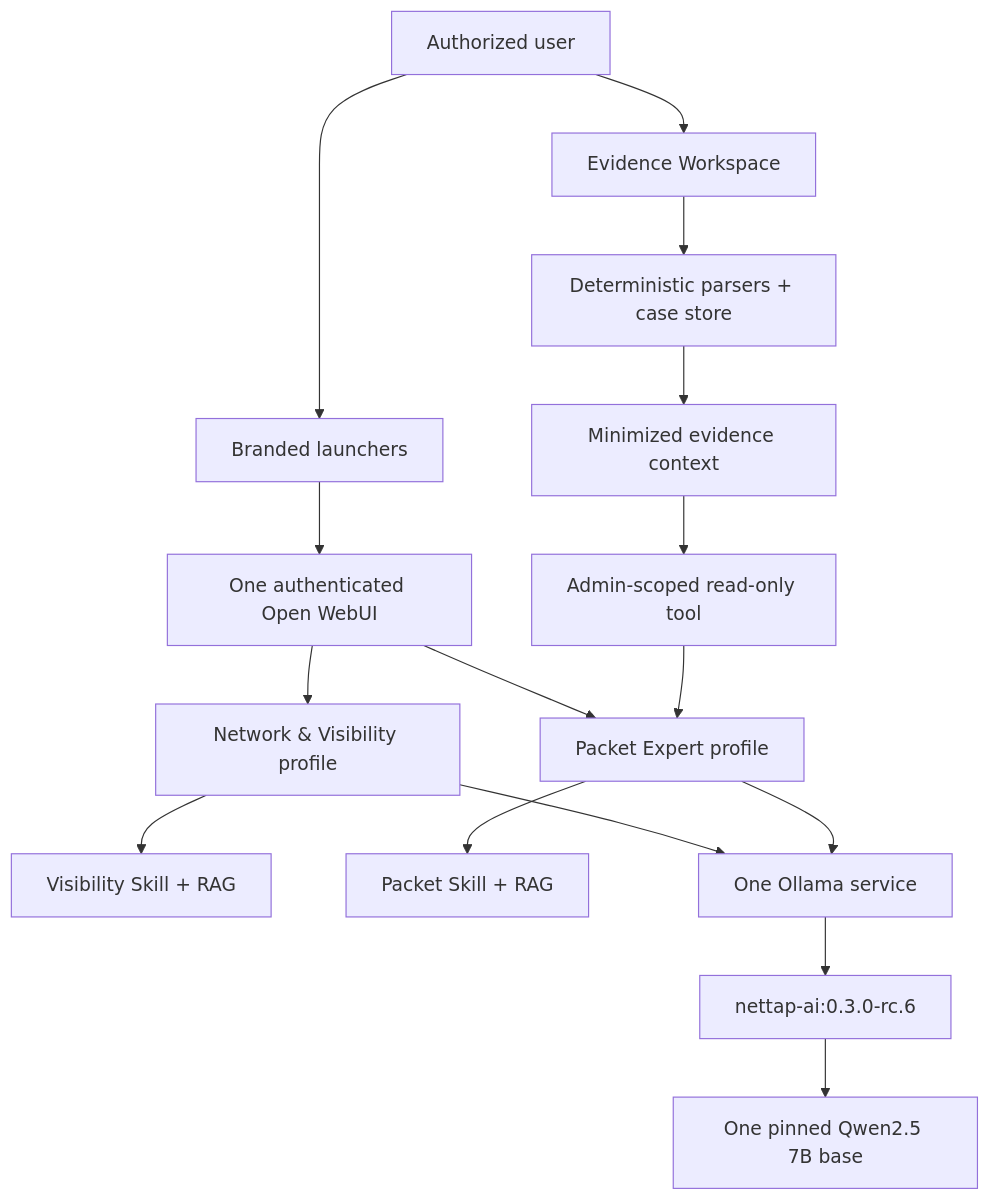
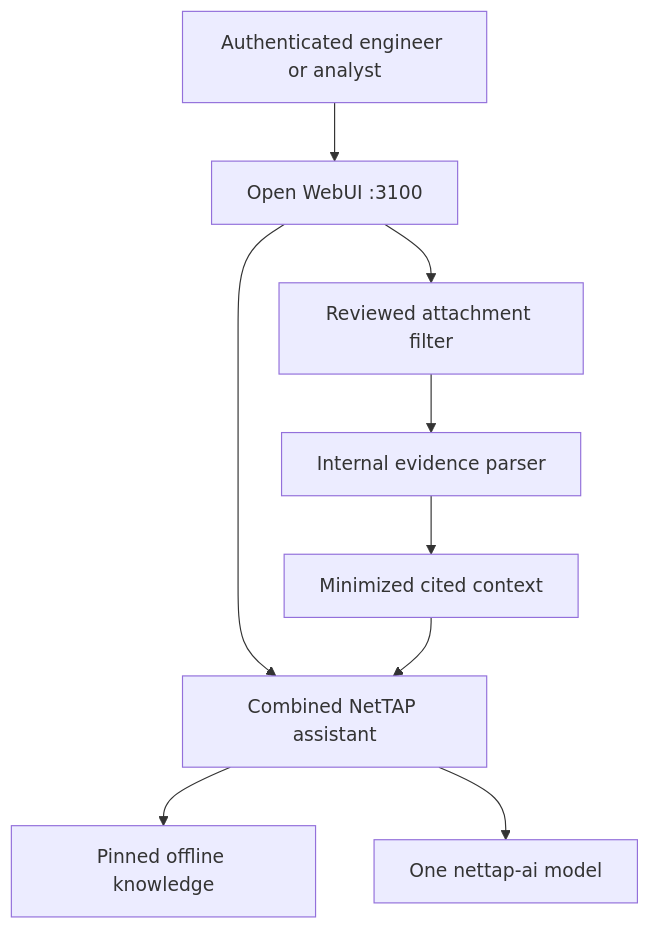
Before and after one commit to mpdwyer2367/nettap-packet-expert: the diagram in docs/ARCHITECTURE.md, drawn with Mermaid. The commit also changed other lines of this file and 79 other files, not shown here.

Commit message:
Unify NetTAP observability and packet analysis UI

````diff
--- a/docs/ARCHITECTURE.md
+++ b/docs/ARCHITECTURE.md
@@ -7,18 +5,11 @@
 ```mermaid
-flowchart TB
-    U["Authorized user"] --> L["Branded launchers"]
-    L --> W["One authenticated Open WebUI"]
-    W --> V["Network & Visibility profile"]
-    W --> P["Packet Expert profile"]
-    V --> VR["Visibility Skill + RAG"]
-    P --> PR["Packet Skill + RAG"]
-    V --> O["One Ollama service"]
-    P --> O
-    O --> M["nettap-ai:0.3.0-rc.6"]
-    M --> Q["One pinned Qwen2.5 7B base"]
-    U --> E["Evidence Workspace"]
-    E --> D["Deterministic parsers + case store"]
-    D --> X["Minimized evidence context"]
-    X --> T["Admin-scoped read-only tool"]
-    T --> P
+flowchart TD
+    U["Authenticated engineer or analyst"] --> W["Open WebUI :3100"]
+    W --> A["Combined NetTAP assistant"]
+    A --> R["Pinned offline knowledge"]
+    A --> O["One nettap-ai model"]
+    W --> F["Reviewed attachment filter"]
+    F --> E["Internal evidence parser"]
+    E --> M["Minimized cited context"]
+    M --> A
 ```
````
